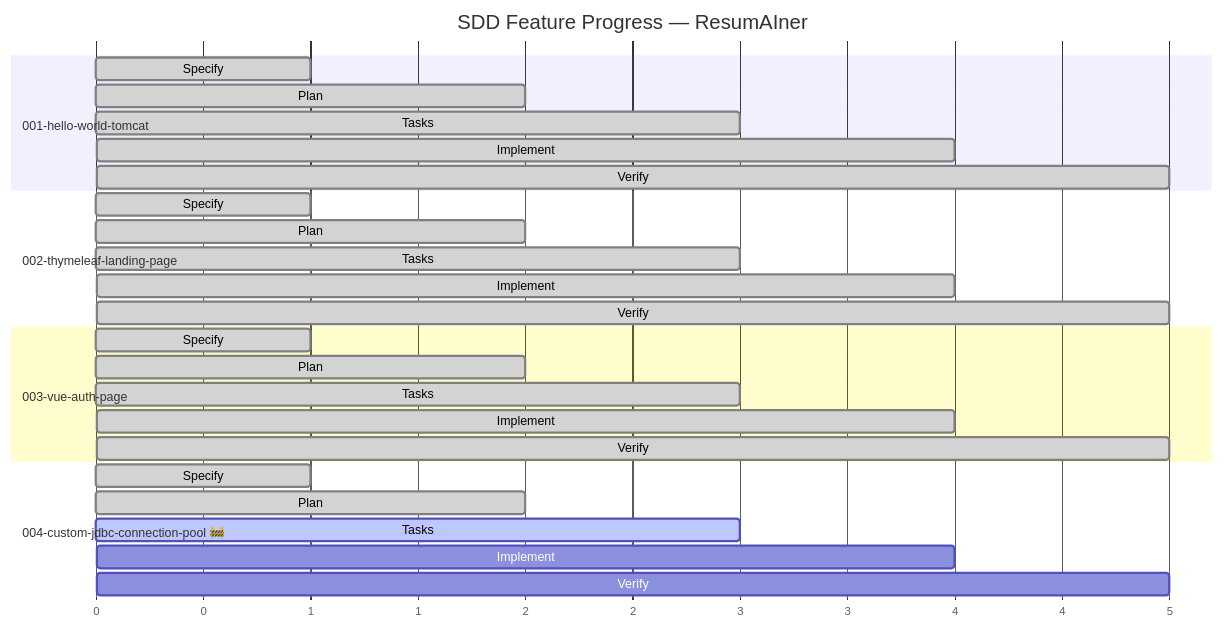
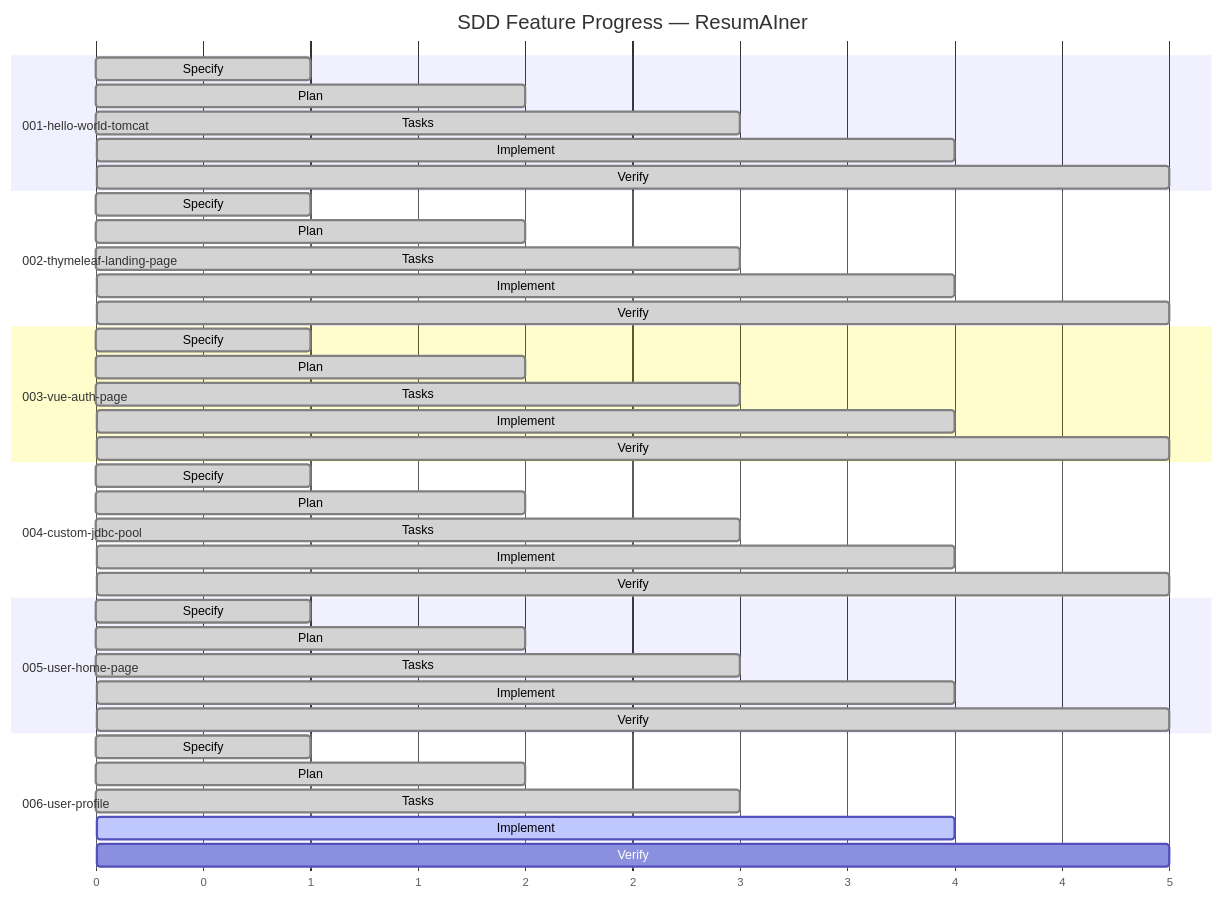
The first of 2 diagrams in specs/status-dashboard.md (Anton-Ch/resumainer-java-vue-web-app), drawn with Mermaid before and after one commit. The commit also changed other lines of this file and 4 other files, not shown here.

First line of the commit message:
docs(006-profile): finalize planning phase — approve spec, add tasks, security audit, session fix

````diff
--- a/specs/status-dashboard.md
+++ b/specs/status-dashboard.md
@@ -5,34 +5,48 @@
 ```mermaid
 gantt
     title SDD Feature Progress — ResumAIner
     dateFormat X
     axisFormat %s
 
     section 001-hello-world-tomcat
     Specify     :done, s1, 0, 1
     Plan        :done, p1, 1, 2
     Tasks       :done, t1, 2, 3
     Implement   :done, i1, 3, 4
     Verify      :done, v1, 4, 5
 
     section 002-thymeleaf-landing-page
     Specify     :done, s2, 0, 1
     Plan        :done, p2, 1, 2
     Tasks       :done, t2, 2, 3
     Implement   :done, i2, 3, 4
     Verify      :done, v2, 4, 5
 
     section 003-vue-auth-page
     Specify     :done, s3, 0, 1
     Plan        :done, p3, 1, 2
     Tasks       :done, t3, 2, 3
     Implement   :done, i3, 3, 4
     Verify      :done, v3, 4, 5
 
-    section 004-custom-jdbc-connection-pool 🚧
+    section 004-custom-jdbc-pool
     Specify     :done, s4, 0, 1
     Plan        :done, p4, 1, 2
-    Tasks       :active, t4, 2, 3
-    Implement   :i4, 3, 4
-    Verify      :v4, 4, 5
+    Tasks       :done, t4, 2, 3
+    Implement   :done, i4, 3, 4
+    Verify      :done, v4, 4, 5
+
+    section 005-user-home-page
+    Specify     :done, s5, 0, 1
+    Plan        :done, p5, 1, 2
+    Tasks       :done, t5, 2, 3
+    Implement   :done, i5, 3, 4
+    Verify      :done, v5, 4, 5
+
+    section 006-user-profile
+    Specify     :done, s6, 0, 1
+    Plan        :done, p6, 1, 2
+    Tasks       :done, t6, 2, 3
+    Implement   :active, i6, 3, 4
+    Verify      :v6, 4, 5
 ```
````
